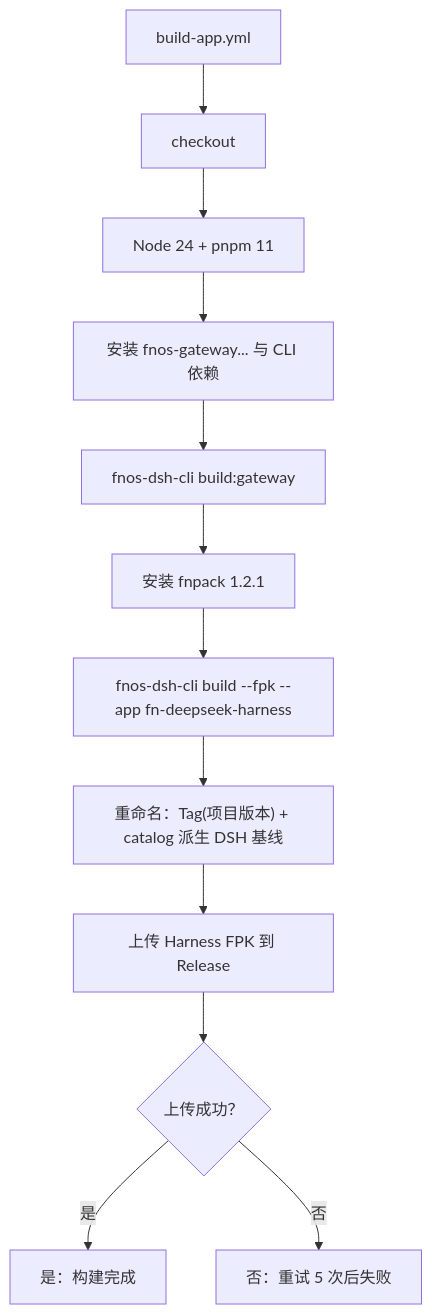
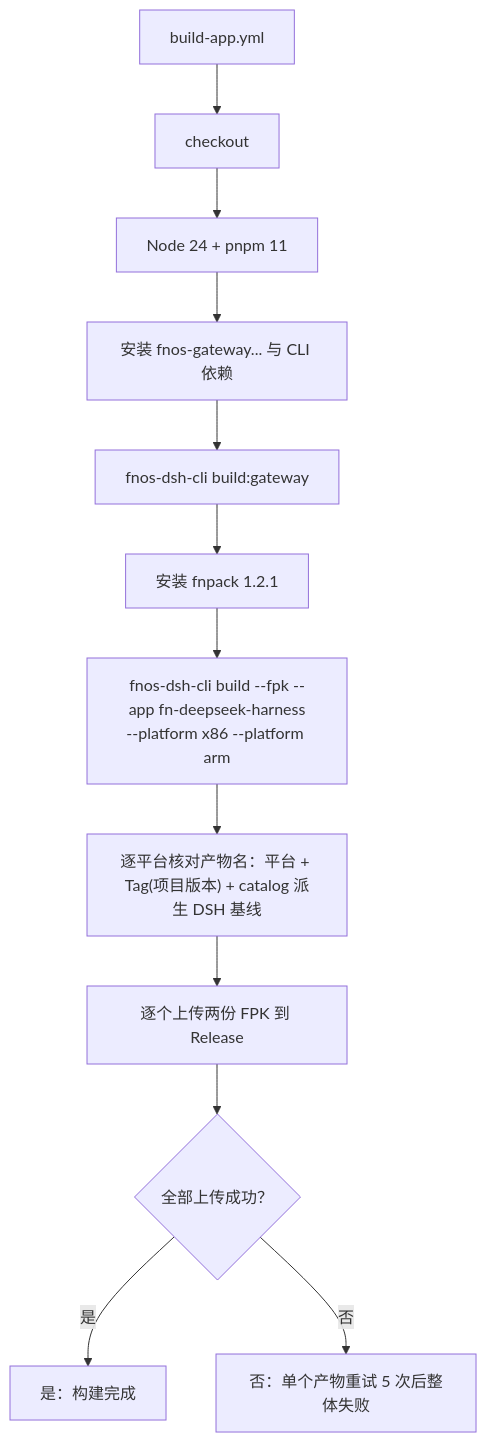
One commit to FNOSP/fnos-dsh changed the third of 4 diagrams in docs/development/github-workflows.md. Above: the diagram before and after it, drawn with Mermaid. The commit also changed other lines of this file and 30 other files, not shown here.

First line of the commit message:
feat(build): 构建 FPK 时按平台出包并登记 FNOS-044

````diff
--- a/docs/development/github-workflows.md
+++ b/docs/development/github-workflows.md
@@ -91,20 +91,20 @@
 ```mermaid
 flowchart TD
   workflow["build-app.yml"]
   checkout["checkout"]
   tooling["Node 24 + pnpm 11"]
   install["安装 fnos-gateway... 与 CLI 依赖"]
   gateway["fnos-dsh-cli build:gateway"]
   fnpack["安装 fnpack 1.2.1"]
-  build["fnos-dsh-cli build --fpk --app fn-deepseek-harness"]
-  rename["重命名：Tag(项目版本) + catalog 派生 DSH 基线"]
-  upload["上传 Harness FPK 到 Release"]
-  status{"上传成功？"}
+  build["fnos-dsh-cli build --fpk --app fn-deepseek-harness<br/>--platform x86 --platform arm"]
+  rename["逐平台核对产物名：平台 + Tag(项目版本) + catalog 派生 DSH 基线"]
+  upload["逐个上传两份 FPK 到 Release"]
+  status{"全部上传成功？"}
   done["是：构建完成"]
-  uploadFail["否：重试 5 次后失败"]
+  uploadFail["否：单个产物重试 5 次后整体失败"]
 
   workflow --> checkout --> tooling --> install --> gateway --> fnpack
   fnpack --> build --> rename --> upload --> status
   status -->|是| done
   status -->|否| uploadFail
 ```
````
